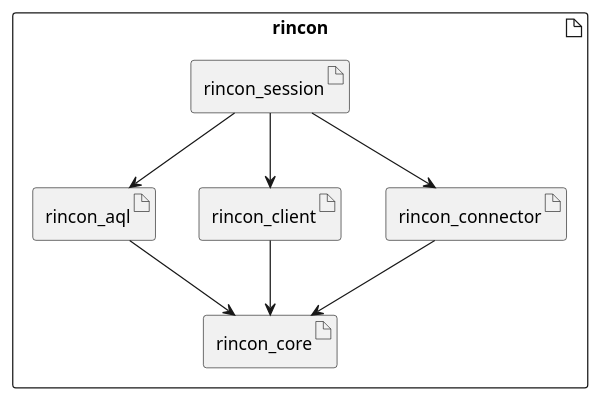
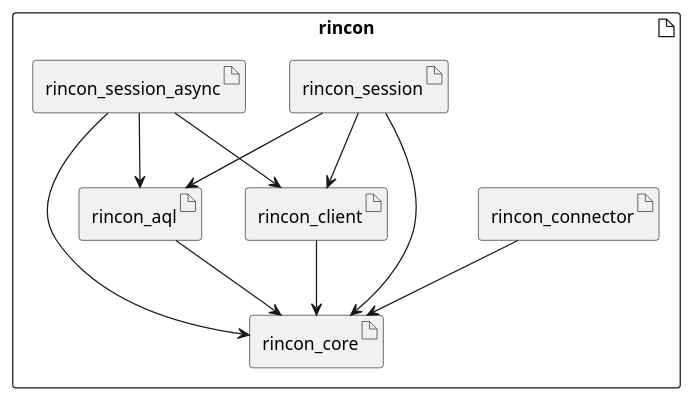
The diagram in docs/crate_structure.md (innoave/rincon), drawn with PlantUML before and after one commit. The commit also changed 2 other files, not shown here.

Commit message:
update crate structure docs

```diff
--- a/docs/crate_structure.md
+++ b/docs/crate_structure.md
@@ -3,15 +3,19 @@
 @startuml
 artifact rincon {
     artifact rincon_core
     artifact rincon_aql
     artifact rincon_client
     artifact rincon_connector
     artifact rincon_session
+    artifact rincon_session_async
     rincon_aql --> rincon_core
     rincon_client --> rincon_core
     rincon_connector --> rincon_core
     rincon_session --> rincon_aql
     rincon_session --> rincon_client
-    rincon_session --> rincon_connector
+    rincon_session --> rincon_core
+    rincon_session_async --> rincon_aql
+    rincon_session_async --> rincon_client
+    rincon_session_async --> rincon_core
 }
 @enduml
```
